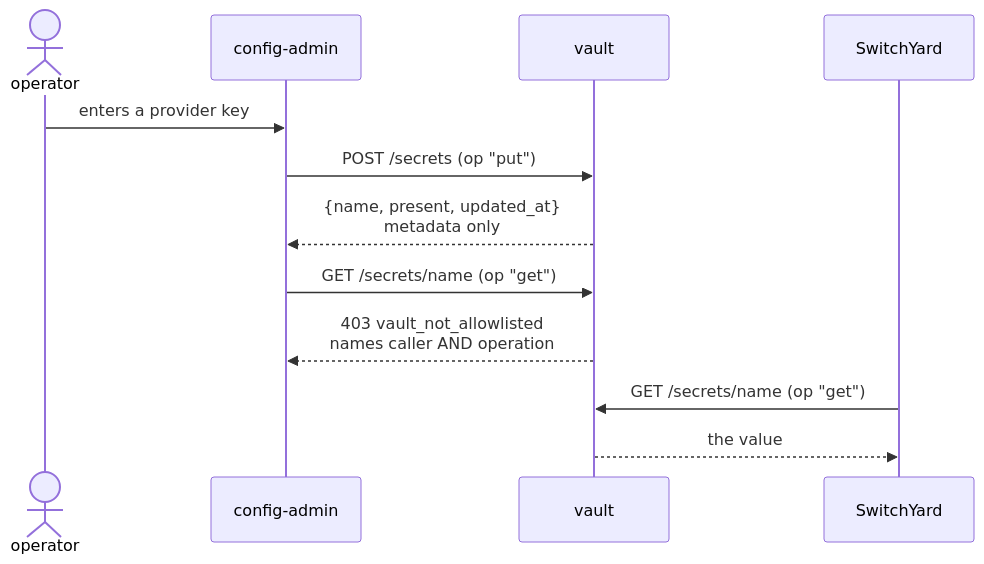
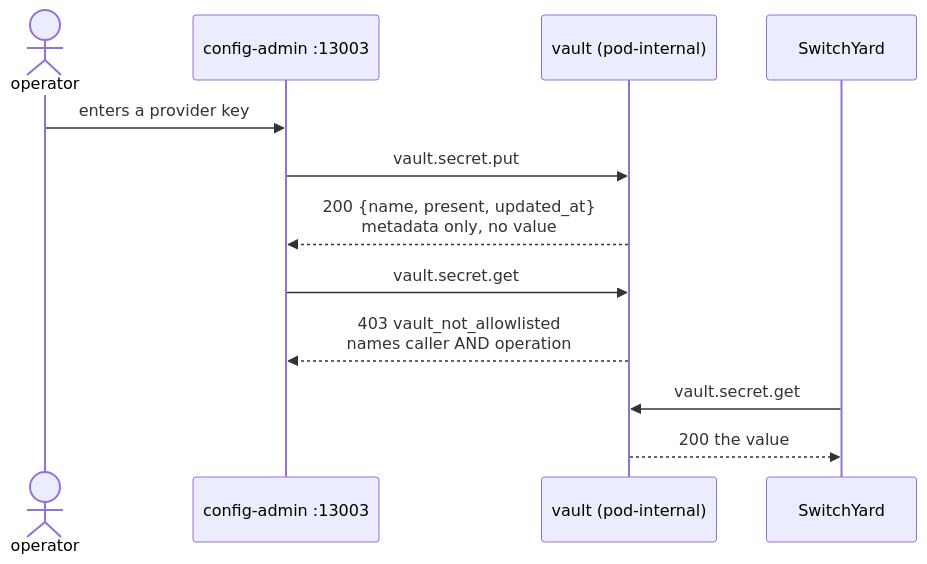
The sixth of 6 diagrams in docs/architecture/ContainerTopology.md (laquereric/magentic-stack), drawn with Mermaid before and after one commit. The commit also changed other lines of this file, not shown here.

````diff
--- a/docs/architecture/ContainerTopology.md
+++ b/docs/architecture/ContainerTopology.md
@@ -240,14 +310,14 @@
 ```mermaid
 sequenceDiagram
   actor Op as operator
-  participant CA as config-admin
-  participant V as vault
+  participant CA as config-admin :13003
+  participant V as vault (pod-internal)
   participant SY as SwitchYard
   Op->>CA: enters a provider key
-  CA->>V: POST /secrets  (op "put")
-  V-->>CA: {name, present, updated_at}<br/>metadata only
-  CA->>V: GET /secrets/name (op "get")
+  CA->>V: vault.secret.put
+  V-->>CA: 200 {name, present, updated_at}<br/>metadata only, no value
+  CA->>V: vault.secret.get
   V-->>CA: 403 vault_not_allowlisted<br/>names caller AND operation
-  SY->>V: GET /secrets/name (op "get")
-  V-->>SY: the value
+  SY->>V: vault.secret.get
+  V-->>SY: 200 the value
 ```
````
